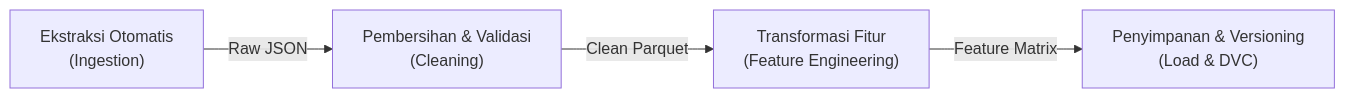
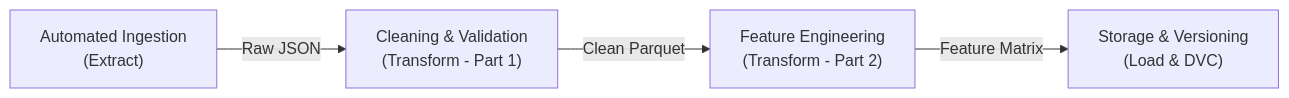
One commit to galihpraditya/MLOps-ViralSense changed the first of 2 diagrams in docs/data_pipeline_architecture.md. Above: the diagram before and after it, drawn with Mermaid. The commit also changed other lines of this file and 1 other file, not shown here.

Commit message:
docs: finalize documentation and pipeline architecture specs

````diff
--- a/docs/data_pipeline_architecture.md
+++ b/docs/data_pipeline_architecture.md
@@ -28,6 +28,6 @@
 ```mermaid
 flowchart LR
-    A["Ekstraksi Otomatis<br/>(Ingestion)"] -->|Raw JSON| B["Pembersihan & Validasi<br/>(Cleaning)"]
-    B -->|Clean Parquet| C["Transformasi Fitur<br/>(Feature Engineering)"]
-    C -->|Feature Matrix| D["Penyimpanan & Versioning<br/>(Load & DVC)"]
+    A["Automated Ingestion<br/>(Extract)"] -->|Raw JSON| B["Cleaning & Validation<br/>(Transform - Part 1)"]
+    B -->|Clean Parquet| C["Feature Engineering<br/>(Transform - Part 2)"]
+    C -->|Feature Matrix| D["Storage & Versioning<br/>(Load & DVC)"]
 ```
````
